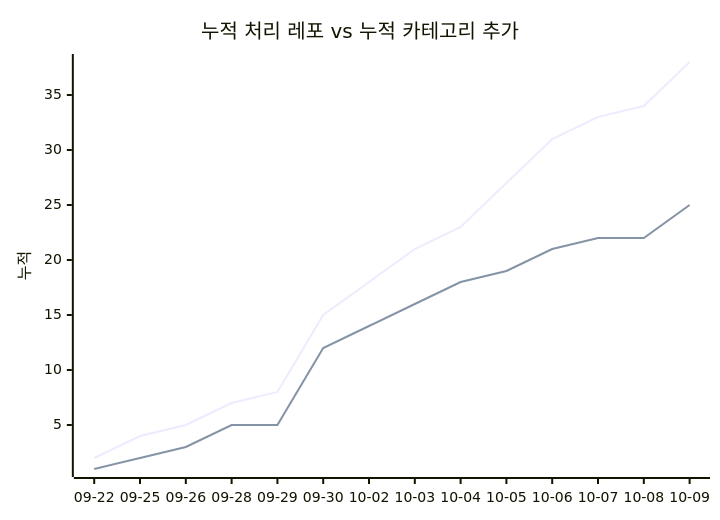
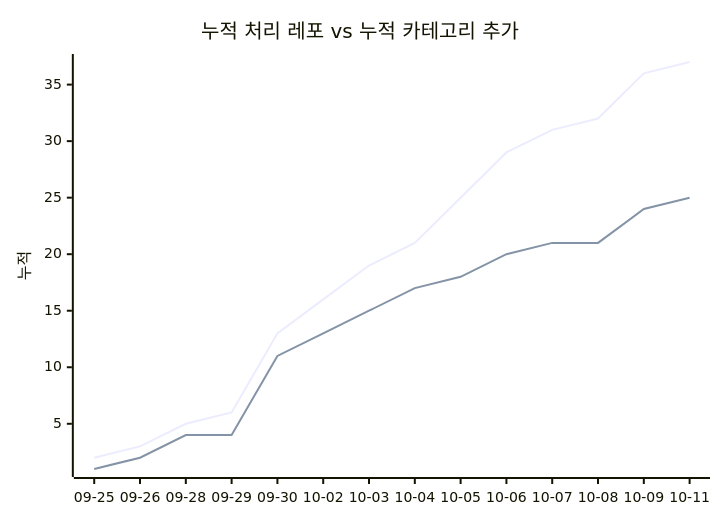
One commit to J-nowcow/awesome-korean-agent-skills changed the second of 2 diagrams in docs/trends.md. Above: the diagram before and after it, drawn with Mermaid. The commit also changed other lines of this file and 3 other files, not shown here.

````diff
--- a/docs/trends.md
+++ b/docs/trends.md
@@ -68,8 +68,8 @@
 ```mermaid
 xychart-beta
     title "누적 처리 레포 vs 누적 카테고리 추가"
-    x-axis ["09-22","09-25","09-26","09-28","09-29","09-30","10-02","10-03","10-04","10-05","10-06","10-07","10-08","10-09"]
+    x-axis ["09-25","09-26","09-28","09-29","09-30","10-02","10-03","10-04","10-05","10-06","10-07","10-08","10-09","10-11"]
     y-axis "누적"
-    line [2,4,5,7,8,15,18,21,23,27,31,33,34,38]
-    line [1,2,3,5,5,12,14,16,18,19,21,22,22,25]
+    line [2,3,5,6,13,16,19,21,25,29,31,32,36,37]
+    line [1,2,4,4,11,13,15,17,18,20,21,21,24,25]
 ```
````
